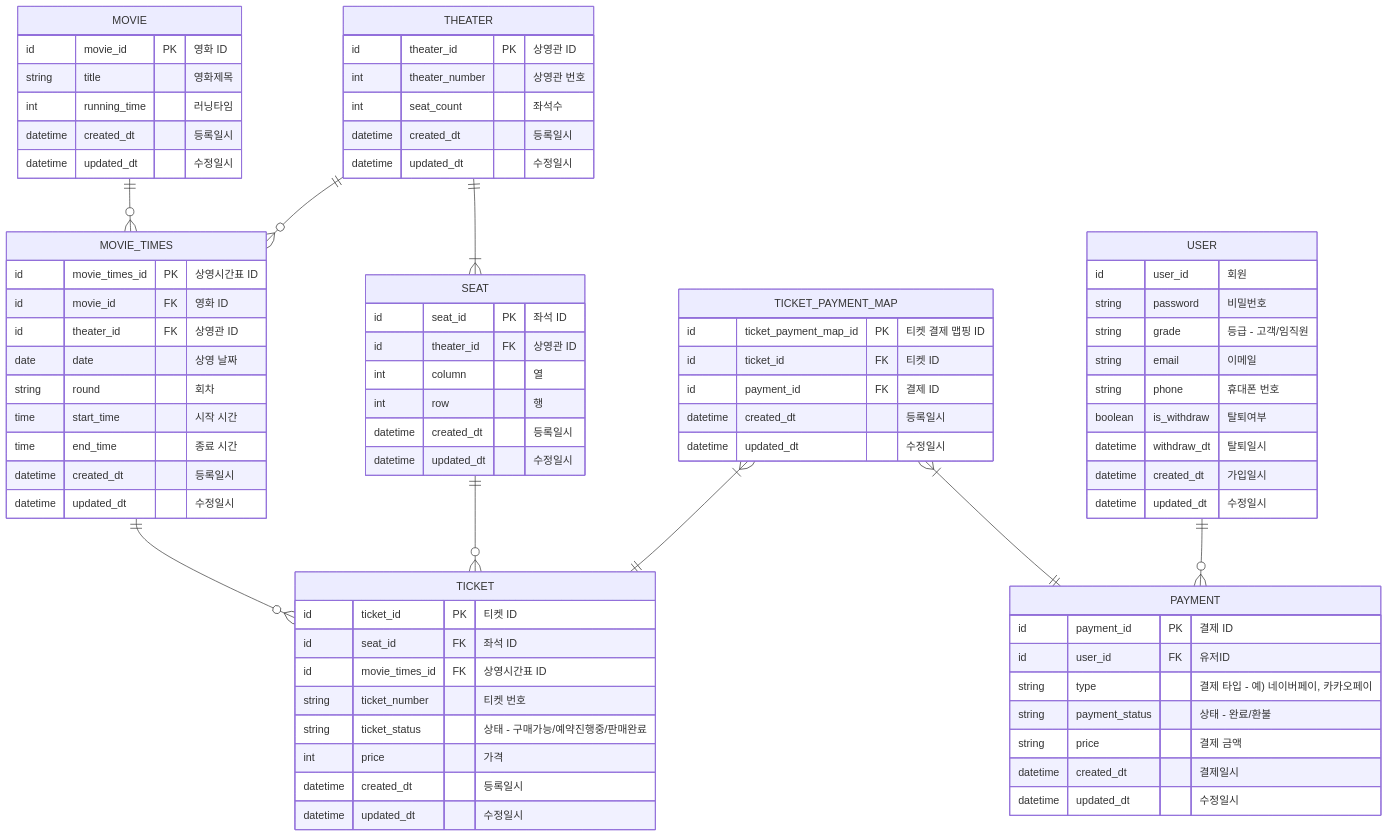
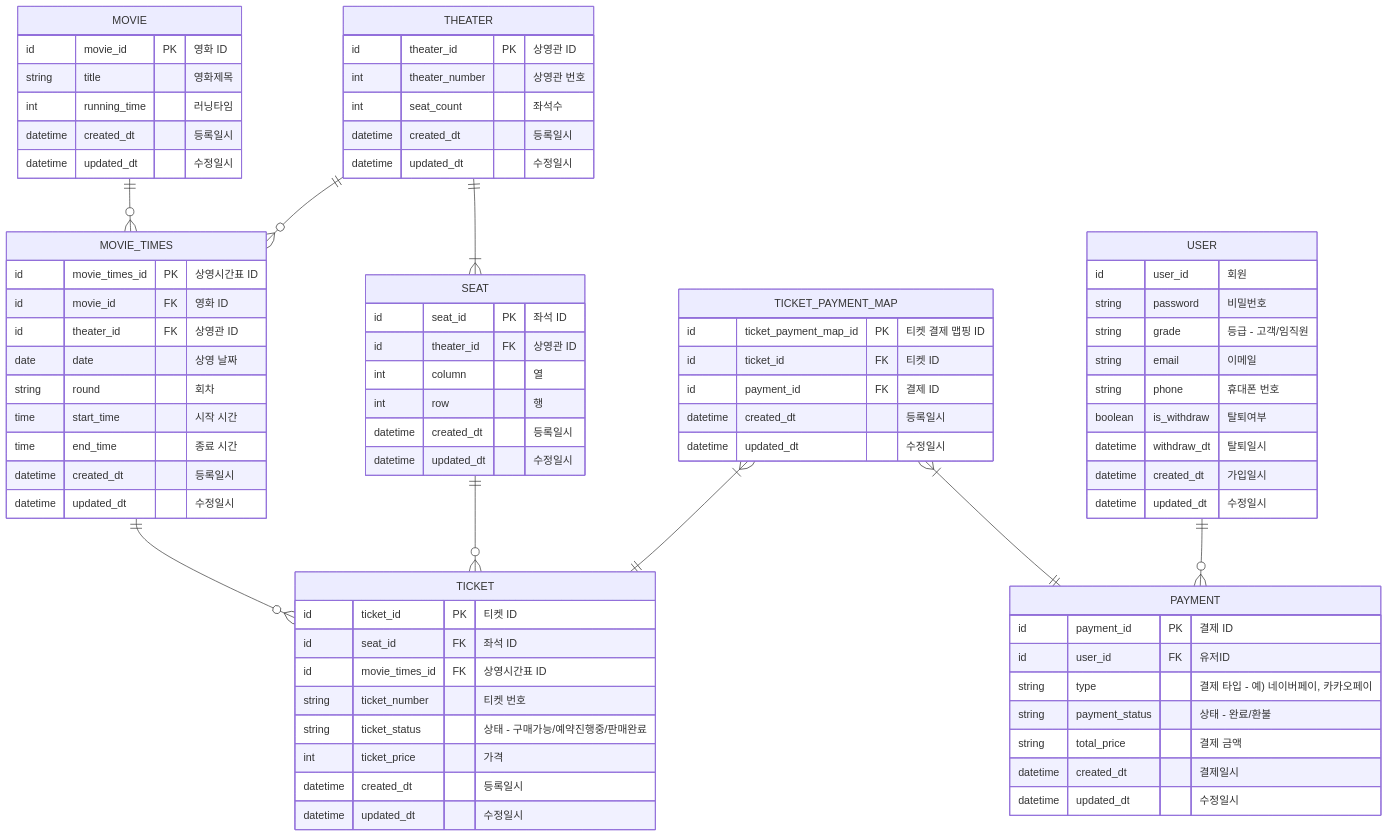
Before and after one commit to kdhyo/mermaidTest: the diagram in README.md, drawn with Mermaid.

````diff
--- a/README.md
+++ b/README.md
@@ -4,81 +4,81 @@
 ``` mermaid
 erDiagram
     MOVIE ||--o{ MOVIE_TIMES : ""
     MOVIE {
         id movie_id PK "영화 ID"
         string title "영화제목"
         int running_time "러닝타임"
         datetime created_dt "등록일시"
         datetime updated_dt "수정일시"
     }
     THEATER ||--o{ MOVIE_TIMES : ""
     THEATER ||--|{ SEAT : ""
     THEATER {
         id theater_id PK "상영관 ID"
         int theater_number "상영관 번호"
         int seat_count "좌석수"
         datetime created_dt "등록일시"
         datetime updated_dt "수정일시"
     }
     SEAT ||--o{ TICKET : ""
     SEAT {
         id seat_id PK "좌석 ID"
         id theater_id FK "상영관 ID"
         int column "열"
         int row "행"
         datetime created_dt "등록일시"
         datetime updated_dt "수정일시"
     }
     MOVIE_TIMES ||--o{ TICKET : ""
     MOVIE_TIMES {
         id movie_times_id PK "상영시간표 ID"
         id movie_id FK "영화 ID"
         id theater_id FK "상영관 ID"
         date date "상영 날짜"
         string round "회차"
         time start_time "시작 시간"
         time end_time "종료 시간"
         datetime created_dt "등록일시"
         datetime updated_dt "수정일시"
     }
     TICKET {
         id ticket_id PK "티켓 ID"
         id seat_id FK "좌석 ID"
         id movie_times_id FK "상영시간표 ID"
         string ticket_number "티켓 번호"
         string ticket_status "상태 - 구매가능/예약진행중/판매완료"
-        int price "가격"
+        int ticket_price "가격"
         datetime created_dt "등록일시"
         datetime updated_dt "수정일시"
     }
     TICKET_PAYMENT_MAP }|--|| TICKET : ""
     TICKET_PAYMENT_MAP }|--|| PAYMENT : ""
     TICKET_PAYMENT_MAP {
         id ticket_payment_map_id PK "티켓 결제 맵핑 ID"
         id ticket_id FK "티켓 ID"
         id payment_id FK "결제 ID"
         datetime created_dt "등록일시"
         datetime updated_dt "수정일시"
     }
     PAYMENT {
         id payment_id PK "결제 ID"
         id user_id FK "유저ID"
         string type "결제 타입 - 예) 네이버페이, 카카오페이"
         string payment_status "상태 - 완료/환불"
-        string price "결제 금액"
+        string total_price "결제 금액"
         datetime created_dt "결제일시"
         datetime updated_dt "수정일시"
     }
     USER ||--o{ PAYMENT : ""
     USER {
         id user_id "회원"
         string password "비밀번호"
         string grade "등급 - 고객/임직원"
         string email "이메일"
         string phone "휴대폰 번호"
         boolean is_withdraw "탈퇴여부"
         datetime withdraw_dt "탈퇴일시"
         datetime created_dt "가입일시"
         datetime updated_dt "수정일시"
     }
 ```
````
